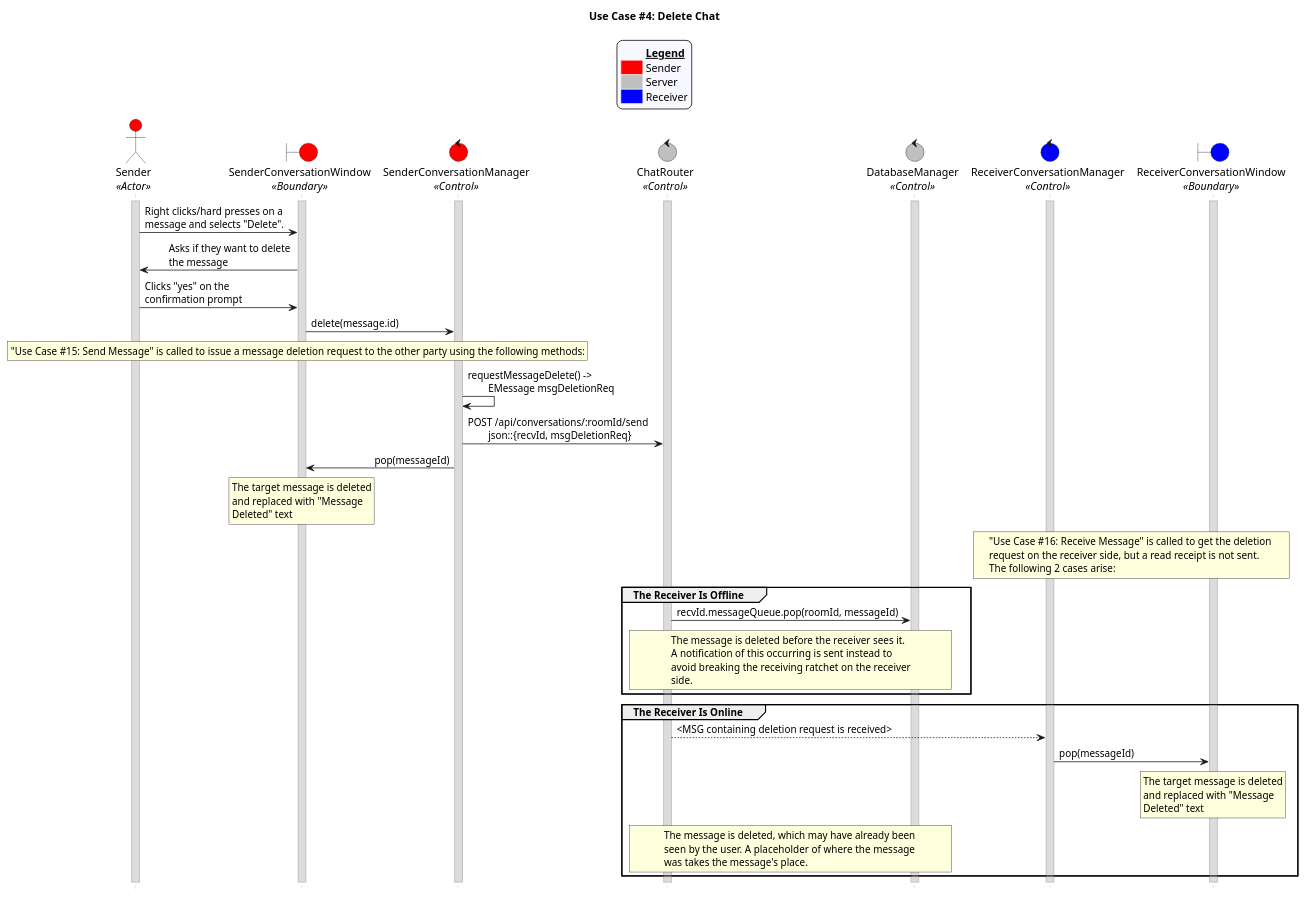
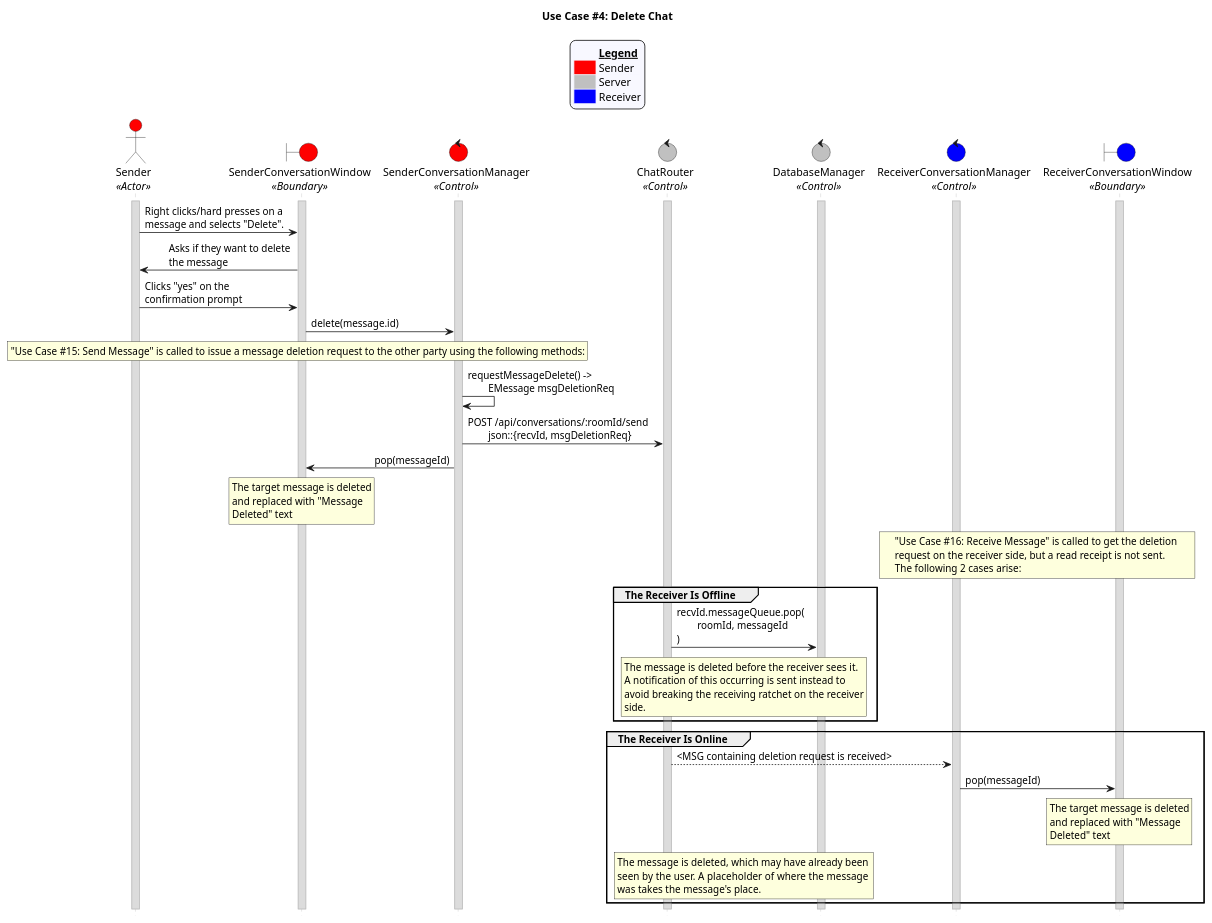
One commit to CECS-491-SP24-Group-1/seq-diagrams changed the diagram in uc_04.puml. Above: the diagram before and after it, drawn with PlantUML. The commit also changed 2 other files, not shown here.

```diff
--- a/uc_04.puml
+++ b/uc_04.puml
@@ -1,105 +1,105 @@
 @startuml uc04
 title "Use Case #4: Delete Chat"
 
 'Styling goes here
 hide footbox
 skinparam stereotypePosition bottom
 skinparam sequenceMessageAlign direction
 skinparam sequence {
 	LifeLineBorderColor #Silver
 	LifeLineBackgroundColor #Gainsboro
 }
 
 'Add a legend plus styling
 skinparam legend {
 	backgroundColor #GhostWhite
 	entrySeparator #GhostWhite
 }
 
 legend top
 	<#GhostWhite,#GhostWhite>|	|= __Legend__ |
 	|<#red> | Sender|
 	|<#silver> | Server|
 	|<#blue> | Receiver|
 endlegend
 
 'Setup the objects involved here
 actor Sender as s <<Actor>> #red
 boundary SenderConversationWindow as scw <<Boundary>> #red
 control SenderConversationManager as scm <<Control>> #red
 control ChatRouter as cr <<Control>> #silver
 control DatabaseManager as db <<Control>> #silver
 control ReceiverConversationManager as rcm <<Control>> #blue
 boundary ReceiverConversationWindow as rcw <<Boundary>> #blue
 
 'Setup persistent objects here
 activate s
 activate scw
 activate scm
 activate cr
 activate db
 activate rcm
 activate rcw
 
 '--- FLOW OF CONTROL STARTS HERE ---
 'User right clicks/hard presses on a message to open up its menu and selects delete.
 s -> scw: Right clicks/hard presses on a \nmessage and selects "Delete".
 scw -> s: Asks if they want to delete \nthe message
 s -> scw: Clicks "yes" on the \nconfirmation prompt
 scw -> scm: delete(message.id)
 
 'The user’s device creates a deletion request for the other user and calls Use Case 15: Send Chat to pass the request to the other party.
 rnote over s, scm
 	"Use Case #15: Send Message" is called to issue a message deletion request to the other party using the following methods:
 endrnote
 scm -> scm: requestMessageDelete() -> \n\tEMessage msgDeletionReq
 scm -> cr: POST /api/conversations/:roomId/send \n\tjson::{recvId, msgDeletionReq}
 
 'The message is removed from the sender's conversation window.
 scm -> scw: pop(messageId)
 rnote over scw
 	The target message is deleted
 	and replaced with "Message 
 	Deleted" text
 endrnote
 
 '===================== receiver's turn to act
 
 'The responding user receives the chat via Use Case 16: Receive Chat and detects the message deletion request.
 rnote over rcw, rcm
 	"Use Case #16: Receive Message" is called to get the deletion 
 	request on the receiver side, but a read receipt is not sent.
 	The following 2 cases arise:
 endrnote
 
 'The message deletion request is honored by the server if the user is offline.
 group The Receiver Is Offline
 	'The server pops the message off the queue and it's skipped.
-	cr -> db: recvId.messageQueue.pop(roomId, messageId)
+	cr -> db: recvId.messageQueue.pop(\n\troomId, messageId\n)
 	rnote over cr, db
 		The message is deleted before the receiver sees it.
 		A notification of this occurring is sent instead to
 		avoid breaking the receiving ratchet on the receiver
 		side.
 	endrnote
 end
 
 'The message deletion request is honored by the receiver if the user is online.
 group The Receiver Is Online
 	'The receiver pops the message off the chat log.
 	cr --> rcm: <MSG containing deletion request is received>
 	rcm -> rcw: pop(messageId)
 	rnote over rcw
 		The target message is deleted
 		and replaced with "Message 
 		Deleted" text
 	endrnote
 	rnote over cr, db
 		The message is deleted, which may have already been 
 		seen by the user. A placeholder of where the message
 		was takes the message's place.
 	endrnote
 end
 '--- FLOW OF CONTROL ENDS HERE   ---
 
 @enduml
```
